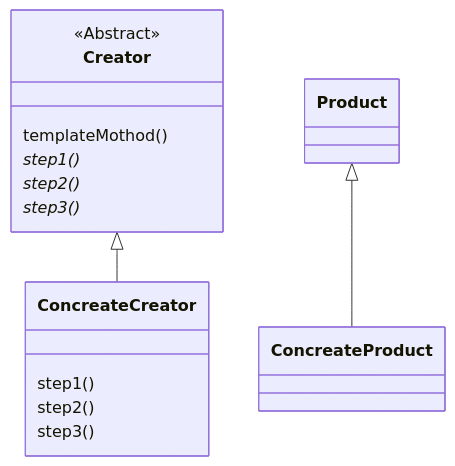
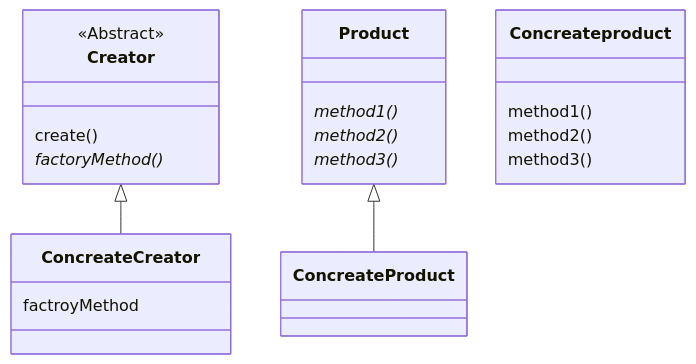
Before and after one commit to nonsugar-go/study: the diagram in programming/ood/design-patterns/factory-method.md, drawn with Mermaid.

````diff
--- a/programming/ood/design-patterns/factory-method.md
+++ b/programming/ood/design-patterns/factory-method.md
@@ -2,17 +2,23 @@
 ```mermaid
 classDiagram
     Creator <|-- ConcreateCreator
     Product <|-- ConcreateProduct
     class Creator{
-        <<Abstract>> 
-        templateMothod()
-        step1()*
-        step2()*
-        step3()*
+        <<Abstract>>
+        create() 
+        factoryMethod()*
     }
     class ConcreateCreator{
-        step1()
-        step2()
-        step3()
+        factroyMethod
+    }
+    class Product{
+        method1()*
+        method2()*
+        method3()*
+    }
+    class Concreateproduct{
+        method1()
+        method2()
+        method3()
     }
 ```
````
